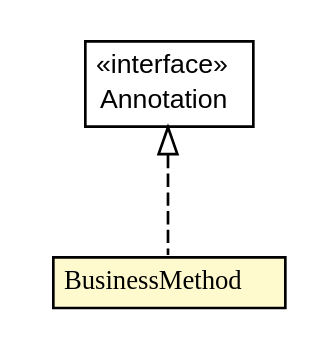
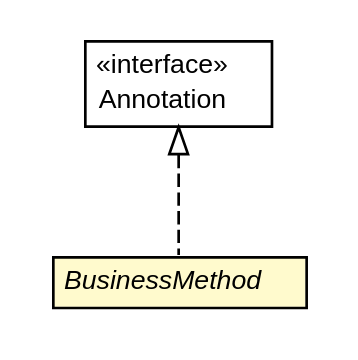
One commit to trajano/app changed the diagram in app-web/apidocs/net/trajano/app/BusinessMethod.dot. Above: the diagram before and after it, drawn with Graphviz. The commit also changed 209 other files, not shown here.

```diff
--- a/app-web/apidocs/net/trajano/app/BusinessMethod.dot
+++ b/app-web/apidocs/net/trajano/app/BusinessMethod.dot
@@ -1,27 +1,27 @@
 #!/usr/local/bin/dot
 #
 # Class diagram 
 # Generated by UMLGraph version R5_6-24-gf6e263 (http://www.umlgraph.org/)
 #
 
 digraph G {
-	edge [fontname="arial",fontsize=10,labelfontname="arial",labelfontsize=10];
-	node [fontname="arial",fontsize=10,shape=plaintext];
+	edge [fontname="Helvetica",fontsize=10,labelfontname="Helvetica",labelfontsize=10];
+	node [fontname="Helvetica",fontsize=10,shape=plaintext];
 	nodesep=0.25;
 	ranksep=0.5;
 	// net.trajano.app.BusinessMethod
-	c179 [label=<<table title="net.trajano.app.BusinessMethod" border="0" cellborder="1" cellspacing="0" cellpadding="2" port="p" bgcolor="lemonChiffon" href="./BusinessMethod.html">
+	c191 [label=<<table title="net.trajano.app.BusinessMethod" border="0" cellborder="1" cellspacing="0" cellpadding="2" port="p" bgcolor="lemonChiffon" href="./BusinessMethod.html">
 		<tr><td><table border="0" cellspacing="0" cellpadding="1">
-<tr><td align="center" balign="center"><font face="arial italic"> BusinessMethod </font></td></tr>
+<tr><td align="center" balign="center"><font face="Helvetica-Oblique"> BusinessMethod </font></td></tr>
 		</table></td></tr>
-		</table>>, URL="./BusinessMethod.html", fontname="arial", fontcolor="black", fontsize=10.0];
+		</table>>, URL="./BusinessMethod.html", fontname="Helvetica", fontcolor="black", fontsize=10.0];
 	//net.trajano.app.BusinessMethod implements java.lang.annotation.Annotation
-	c188:p -> c179:p [dir=back,arrowtail=empty,style=dashed];
+	c198:p -> c191:p [dir=back,arrowtail=empty,style=dashed];
 	// java.lang.annotation.Annotation
-	c188 [label=<<table title="java.lang.annotation.Annotation" border="0" cellborder="1" cellspacing="0" cellpadding="2" port="p" href="http://java.sun.com/j2se/1.4.2/docs/api/java/lang/annotation/Annotation.html">
+	c198 [label=<<table title="java.lang.annotation.Annotation" border="0" cellborder="1" cellspacing="0" cellpadding="2" port="p" href="http://java.sun.com/j2se/1.4.2/docs/api/java/lang/annotation/Annotation.html">
 		<tr><td><table border="0" cellspacing="0" cellpadding="1">
 <tr><td align="center" balign="center"> &#171;interface&#187; </td></tr>
 <tr><td align="center" balign="center"> Annotation </td></tr>
 		</table></td></tr>
-		</table>>, URL="http://java.sun.com/j2se/1.4.2/docs/api/java/lang/annotation/Annotation.html", fontname="arial", fontcolor="black", fontsize=10.0];
+		</table>>, URL="http://java.sun.com/j2se/1.4.2/docs/api/java/lang/annotation/Annotation.html", fontname="Helvetica", fontcolor="black", fontsize=10.0];
 }
```
